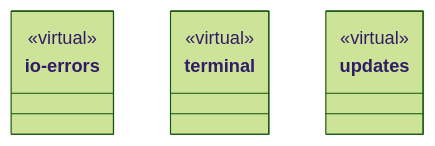
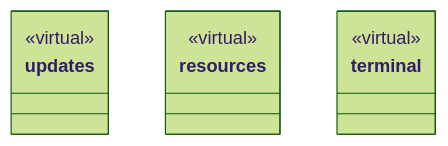
Before and after one commit to nan023062/cbim: the fifth of 5 diagrams in src/logic/ARCHITECTURE.md, drawn with Mermaid (forest theme). The commit also changed other lines of this file and 480 other files, not shown here.

````diff
--- a/src/logic/ARCHITECTURE.md
+++ b/src/logic/ARCHITECTURE.md
@@ -194,15 +195,15 @@
 ```mermaid
 classDiagram
-class N_5aaa8e9daf01["io-errors"] {
+class N_1a718763f256["updates"] {
   <<virtual>>
 }
-click N_5aaa8e9daf01 href "io-errors/ARCHITECTURE.md"
+click N_1a718763f256 href "updates/ARCHITECTURE.md"
+class N_a3428236c4a1["resources"] {
+  <<virtual>>
+}
+click N_a3428236c4a1 href "resources/ARCHITECTURE.md"
 class N_24afab7388cd["terminal"] {
   <<virtual>>
 }
 click N_24afab7388cd href "terminal/ARCHITECTURE.md"
-class N_1a718763f256["updates"] {
-  <<virtual>>
-}
-click N_1a718763f256 href "updates/ARCHITECTURE.md"
 ```
````
